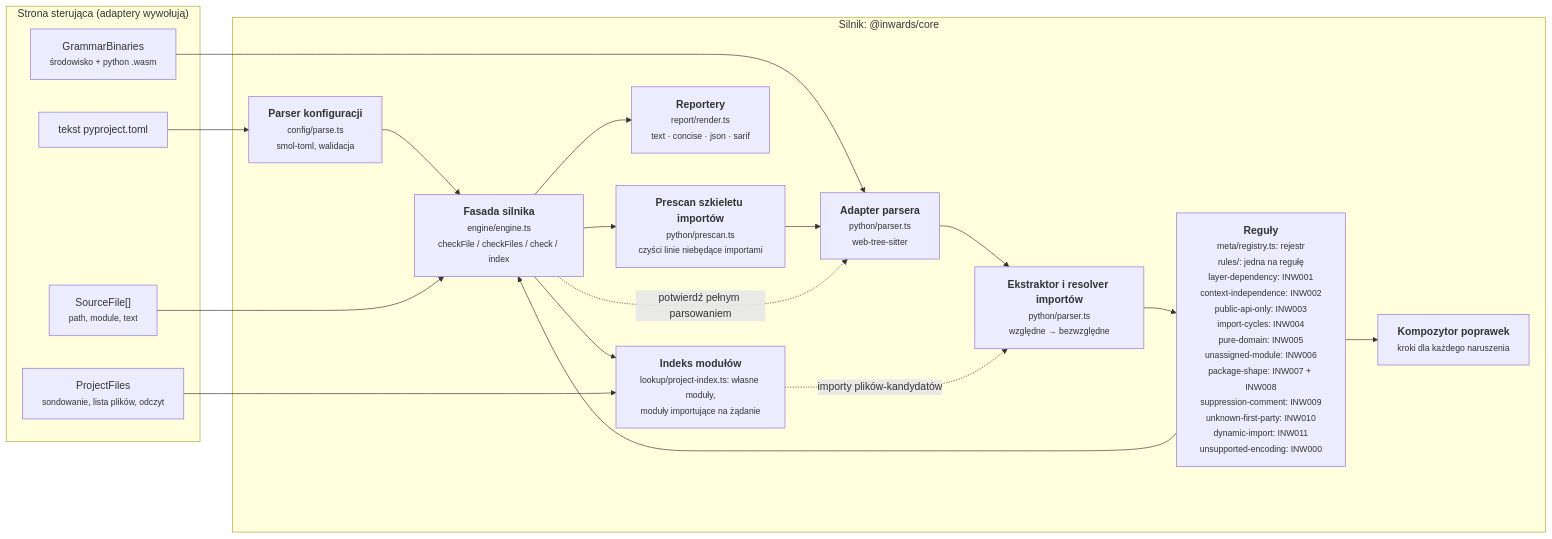
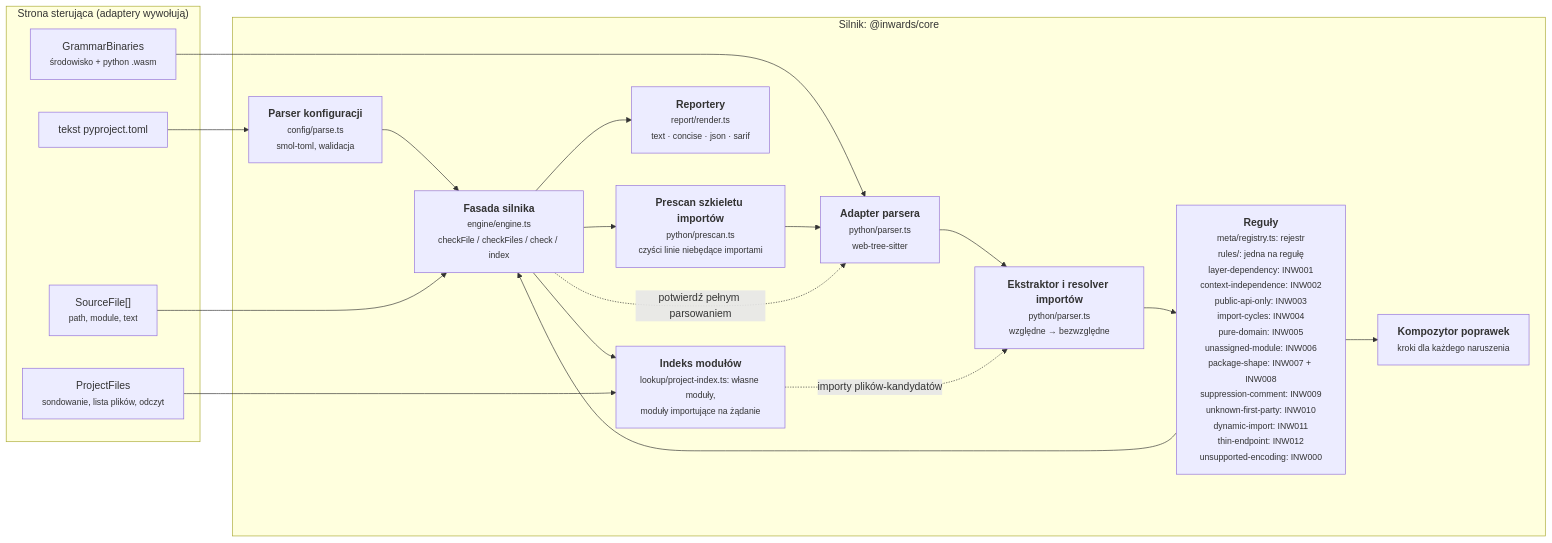
Before and after one commit to SirCypkowskyy/inwards: the third of 6 diagrams in docs/pl/03-Architecture-C4.md, drawn with Mermaid. The commit also changed other lines of this file and 47 other files, not shown here.

First line of the commit message:
feat(rules): add INW012 thin-endpoint for FastAPI endpoints and custom decorators

````diff
--- a/docs/pl/03-Architecture-C4.md
+++ b/docs/pl/03-Architecture-C4.md
@@ -104,33 +104,33 @@
 ```mermaid
 flowchart LR
     subgraph driving["Strona sterująca (adaptery wywołują)"]
         files["SourceFile[]<br/><small>path, module, text</small>"]
         cfgtext["tekst pyproject.toml"]
         wasm["GrammarBinaries<br/><small>środowisko + python .wasm</small>"]
         pfiles["ProjectFiles<br/><small>sondowanie, lista plików, odczyt</small>"]
     end
 
     subgraph enginebox["Silnik: @inwards/core"]
         config["<b>Parser konfiguracji</b><br/><small>config/parse.ts<br/>smol-toml, walidacja</small>"]
         pre["<b>Prescan szkieletu importów</b><br/><small>python/prescan.ts<br/>czyści linie niebędące importami</small>"]
         parser["<b>Adapter parsera</b><br/><small>python/parser.ts<br/>web-tree-sitter</small>"]
         extract["<b>Ekstraktor i resolver importów</b><br/><small>python/parser.ts<br/>względne → bezwzględne</small>"]
-        rules["<b>Reguły</b><br/><small>meta/registry.ts: rejestr<br/>rules/: jedna na regułę<br/>layer-dependency: INW001<br/>context-independence: INW002<br/>public-api-only: INW003<br/>import-cycles: INW004<br/>pure-domain: INW005<br/>unassigned-module: INW006<br/>package-shape: INW007 + INW008<br/>suppression-comment: INW009<br/>unknown-first-party: INW010<br/>dynamic-import: INW011<br/>unsupported-encoding: INW000</small>"]
+        rules["<b>Reguły</b><br/><small>meta/registry.ts: rejestr<br/>rules/: jedna na regułę<br/>layer-dependency: INW001<br/>context-independence: INW002<br/>public-api-only: INW003<br/>import-cycles: INW004<br/>pure-domain: INW005<br/>unassigned-module: INW006<br/>package-shape: INW007 + INW008<br/>suppression-comment: INW009<br/>unknown-first-party: INW010<br/>dynamic-import: INW011<br/>thin-endpoint: INW012<br/>unsupported-encoding: INW000</small>"]
         fix["<b>Kompozytor poprawek</b><br/><small>kroki dla każdego naruszenia</small>"]
         report["<b>Reportery</b><br/><small>report/render.ts<br/>text · concise · json · sarif</small>"]
         engine["<b>Fasada silnika</b><br/><small>engine/engine.ts<br/>checkFile / checkFiles / check / index</small>"]
         modgraph["<b>Indeks modułów</b><br/><small>lookup/project-index.ts: własne moduły,<br/>moduły importujące na żądanie</small>"]
     end
 
     cfgtext --> config --> engine
     wasm --> parser
     files --> engine
     engine --> pre --> parser --> extract --> rules
     rules --> fix
     rules --> engine
     engine -. "potwierdź pełnym parsowaniem" .-> parser
     engine --> modgraph
     pfiles --> modgraph
     modgraph -. "importy plików-kandydatów" .-> extract
     engine --> report
 ```
````
